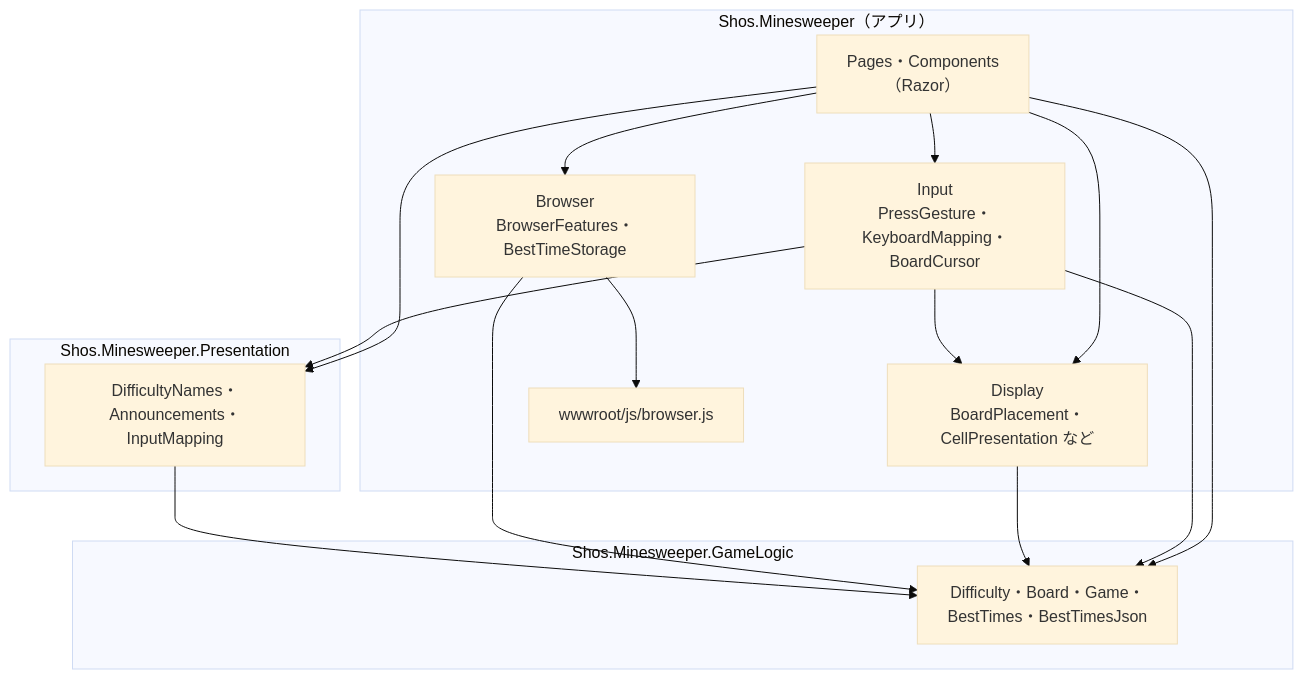
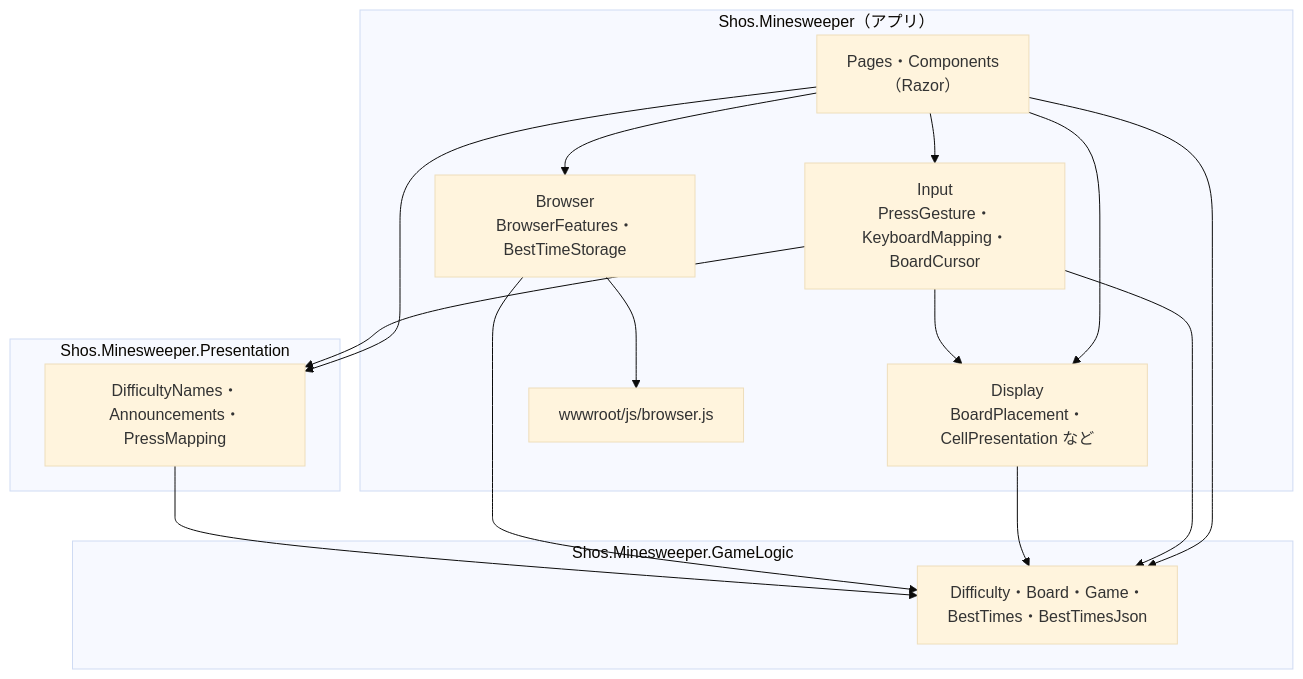
The third of 10 diagrams in docs/04-architecture.md (Fujiwo/Shos.Minesweeper), drawn with Mermaid (base theme) before and after one commit. The commit also changed other lines of this file and 11 other files, not shown here.

First line of the commit message:
Refactor InputMapping to PressMapping and move BestTimesJson to GameLogic

````diff
--- a/docs/04-architecture.md
+++ b/docs/04-architecture.md
@@ -136,28 +136,28 @@
 ```mermaid
 flowchart TB
     subgraph AppProject["Shos.Minesweeper（アプリ）"]
         Components["Pages・Components<br/>（Razor）"]
         Input["Input<br/>PressGesture・KeyboardMapping・BoardCursor"]
         Display["Display<br/>BoardPlacement・CellPresentation など"]
         BrowserFolder["Browser<br/>BrowserFeatures・BestTimeStorage"]
         Js["wwwroot/js/browser.js"]
     end
     subgraph PresentationProject["Shos.Minesweeper.Presentation"]
-        Shared["DifficultyNames・Announcements・InputMapping"]
+        Shared["DifficultyNames・Announcements・PressMapping"]
     end
     subgraph GameLogicProject["Shos.Minesweeper.GameLogic"]
         Logic["Difficulty・Board・Game・BestTimes・BestTimesJson"]
     end
     Components --> Input
     Components --> Display
     Components --> BrowserFolder
     Components --> Shared
     Components --> Logic
     Input --> Shared
     Input --> Logic
     Input --> Display
     Display --> Logic
     BrowserFolder --> Logic
     BrowserFolder --> Js
     Shared --> Logic
 ```
````
